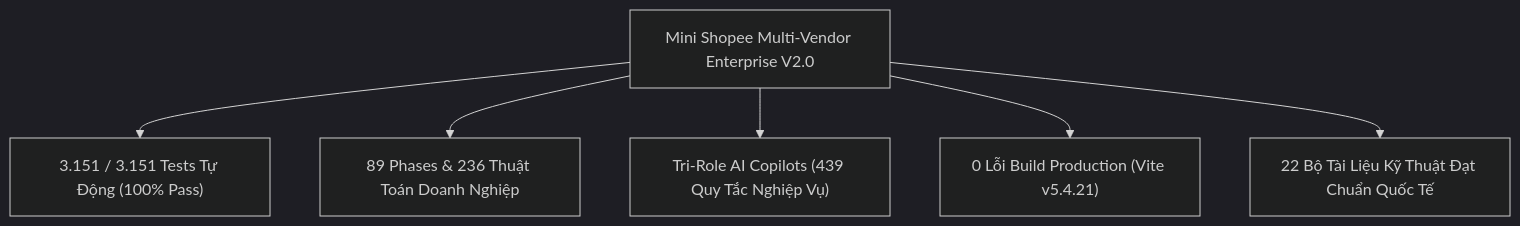
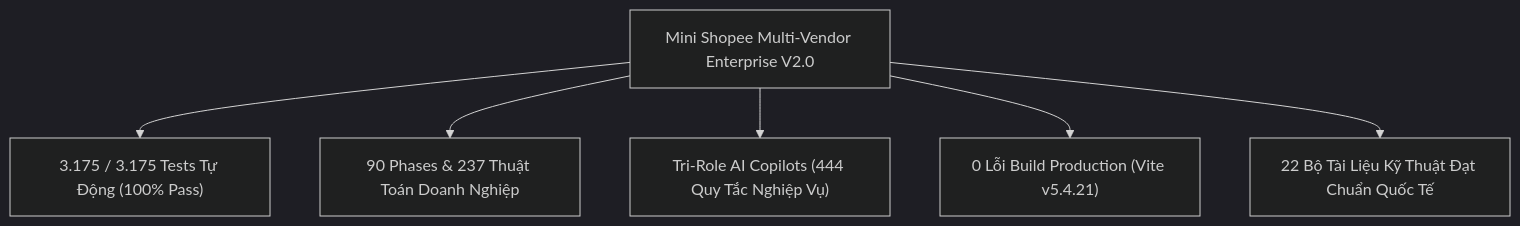
The first of 2 diagrams in docs/DANH_MUC_HO_SO_BAN_GIAO_VA_TONG_QUAN_DU_AN.md (JiaysTM17/Fullstack-Ecommerce), drawn with Mermaid (dark theme) before and after one commit. The commit also changed other lines of this file and 10 other files, not shown here.

````diff
--- a/docs/DANH_MUC_HO_SO_BAN_GIAO_VA_TONG_QUAN_DU_AN.md
+++ b/docs/DANH_MUC_HO_SO_BAN_GIAO_VA_TONG_QUAN_DU_AN.md
@@ -21,9 +21,9 @@
 ```mermaid
 graph TD
     System["Mini Shopee Multi-Vendor Enterprise V2.0"]
-    System --> Stat1["3.151 / 3.151 Tests Tự Động (100% Pass)"]
-    System --> Stat2["89 Phases & 236 Thuật Toán Doanh Nghiệp"]
-    System --> Stat3["Tri-Role AI Copilots (439 Quy Tắc Nghiệp Vụ)"]
+    System --> Stat1["3.175 / 3.175 Tests Tự Động (100% Pass)"]
+    System --> Stat2["90 Phases & 237 Thuật Toán Doanh Nghiệp"]
+    System --> Stat3["Tri-Role AI Copilots (444 Quy Tắc Nghiệp Vụ)"]
     System --> Stat4["0 Lỗi Build Production (Vite v5.4.21)"]
     System --> Stat5["22 Bộ Tài Liệu Kỹ Thuật Đạt Chuẩn Quốc Tế"]
 ```
````
